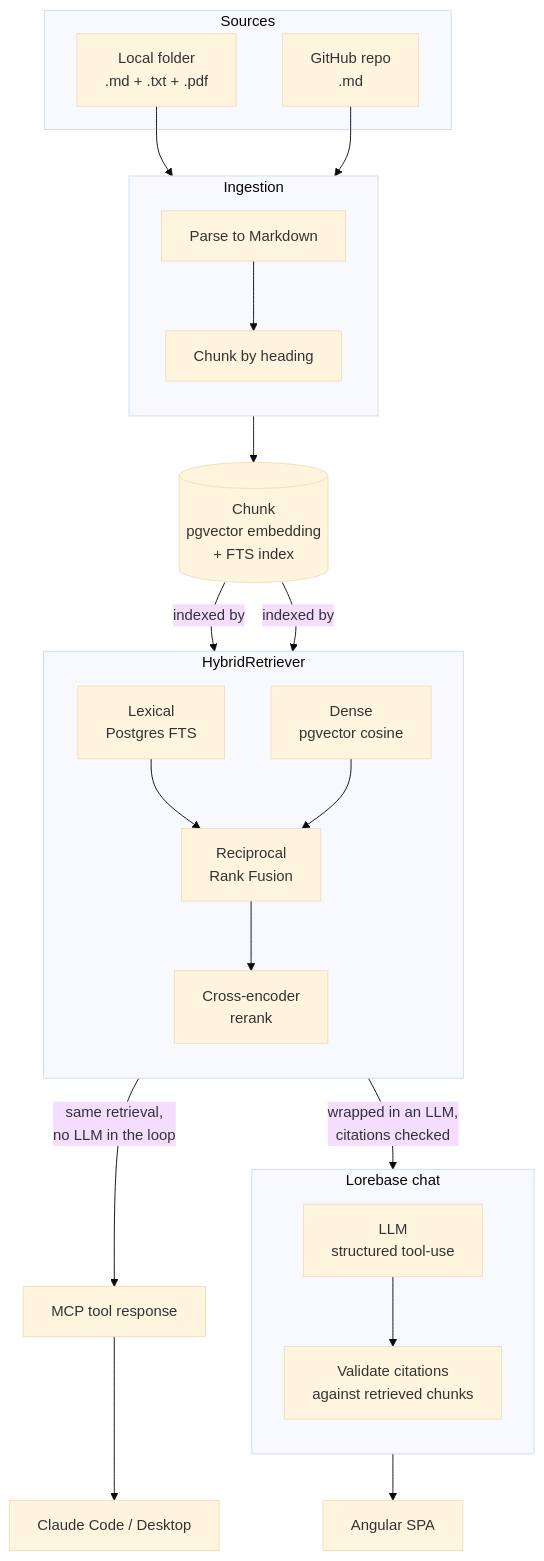
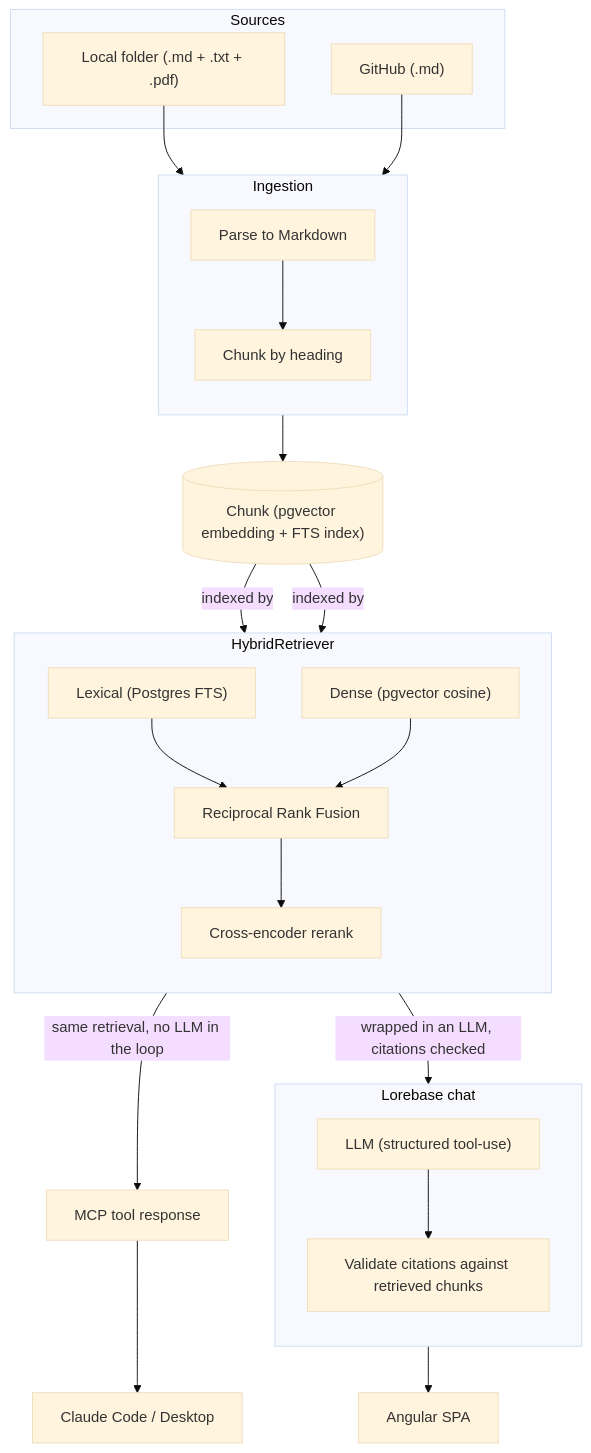
One commit to murraco/lorebase changed the diagram in README.md. Above: the diagram before and after it, drawn with Mermaid (base theme).

Commit message:
Fix mermaid diagram labels concatenating without spaces

````diff
--- a/README.md
+++ b/README.md
@@ -54,46 +54,46 @@
 ```mermaid
 flowchart TB
     subgraph SRC["Sources"]
-        local["Local folder<br/>.md + .txt + .pdf"]
-        gh["GitHub repo<br/>.md"]
+        local["Local folder (.md + .txt + .pdf)"]
+        gh["GitHub (.md)"]
     end
 
     subgraph ING["Ingestion"]
         direction TB
         parse["Parse to Markdown"]
         chunk["Chunk by heading"]
         parse --> chunk
     end
 
-    store[("Chunk<br/>pgvector embedding<br/>+ FTS index")]
+    store[("Chunk (pgvector embedding + FTS index)")]
 
     subgraph RET["HybridRetriever"]
         direction TB
-        lex["Lexical<br/>Postgres FTS"]
-        dense["Dense<br/>pgvector cosine"]
-        rrf["Reciprocal<br/>Rank Fusion"]
-        rerank["Cross-encoder<br/>rerank"]
+        lex["Lexical (Postgres FTS)"]
+        dense["Dense (pgvector cosine)"]
+        rrf["Reciprocal Rank Fusion"]
+        rerank["Cross-encoder rerank"]
         lex --> rrf
         dense --> rrf
         rrf --> rerank
     end
 
     subgraph CHAT["Lorebase chat"]
         direction TB
-        llm["LLM<br/>structured tool-use"]
-        verify["Validate citations<br/>against retrieved chunks"]
+        llm["LLM (structured tool-use)"]
+        verify["Validate citations against retrieved chunks"]
         llm --> verify
     end
 
     local --> parse
     gh --> parse
     chunk --> store
     store -->|indexed by| lex
     store -->|indexed by| dense
 
-    rerank -->|"wrapped in an LLM,<br/>citations checked"| llm
-    rerank -->|"same retrieval,<br/>no LLM in the loop"| mcp["MCP tool response"]
+    rerank -->|"wrapped in an LLM, citations checked"| llm
+    rerank -->|"same retrieval, no LLM in the loop"| mcp["MCP tool response"]
 
     verify --> spa["Angular SPA"]
     mcp --> claude["Claude Code / Desktop"]
 ```
````
